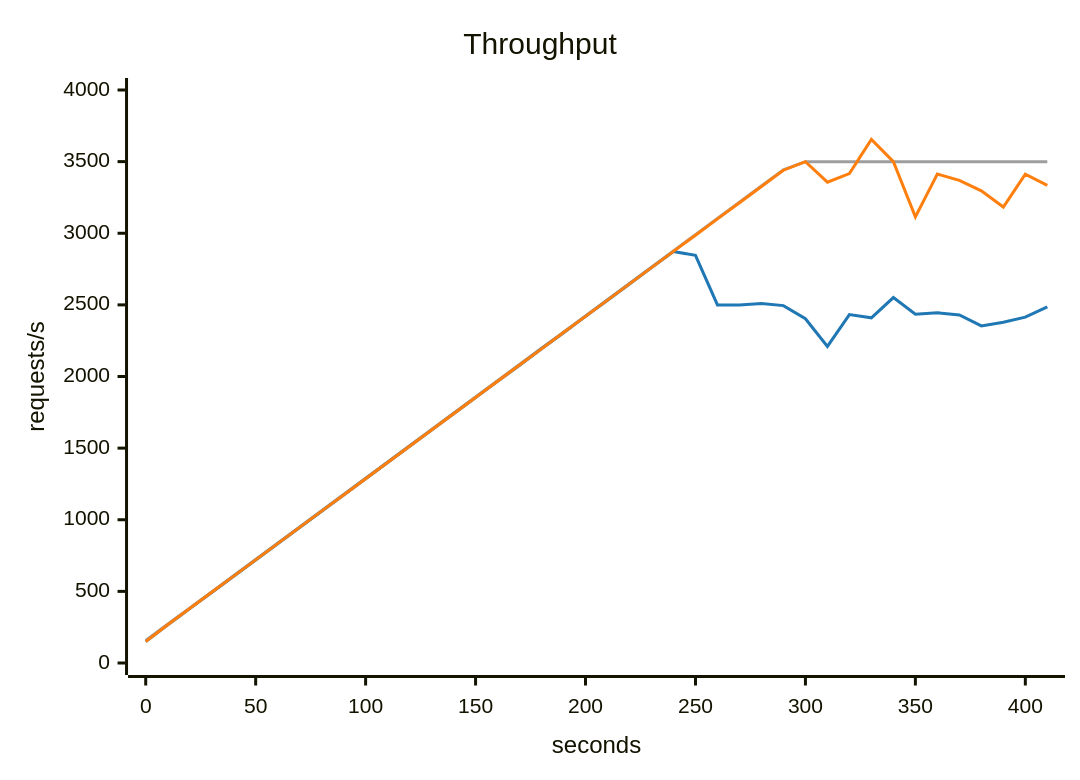
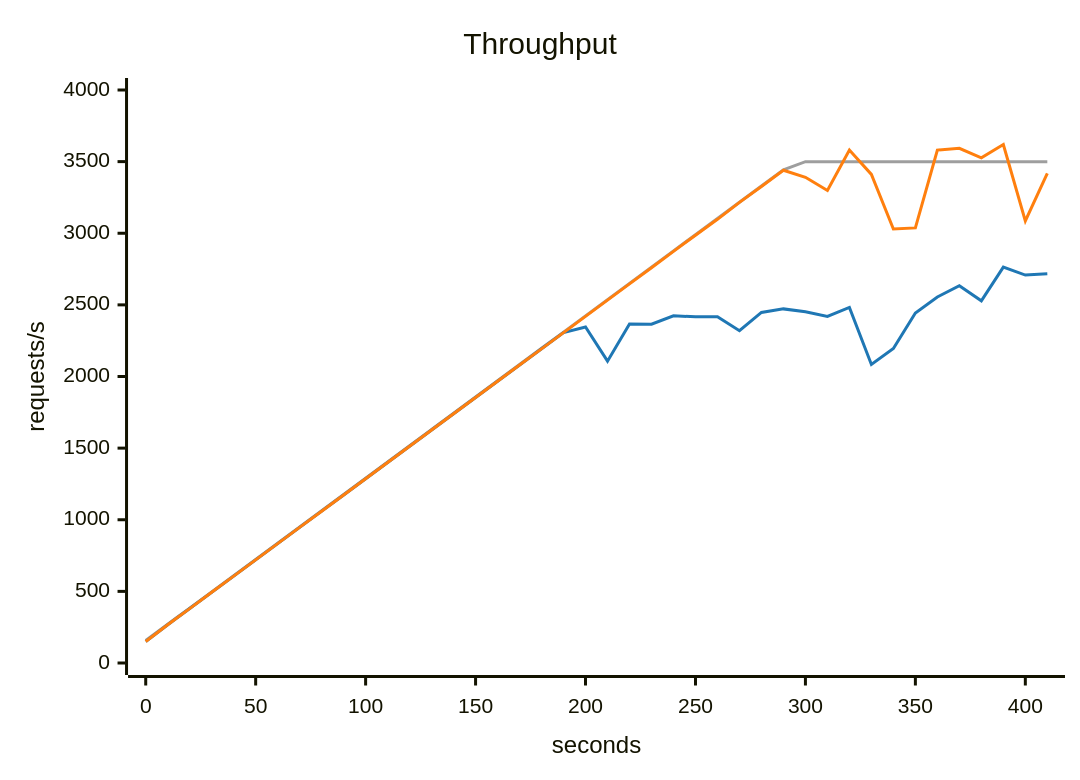
One commit to akinfemi/load-lore changed the first of 2 diagrams in scenarios/when-to-scale-your-database/solutions/one-query-per-page/compare.md. Above: the diagram before and after it, drawn with Mermaid. The commit also changed other lines of this file and 125 other files, not shown here.

````diff
--- a/scenarios/when-to-scale-your-database/solutions/one-query-per-page/compare.md
+++ b/scenarios/when-to-scale-your-database/solutions/one-query-per-page/compare.md
@@ -33,16 +33,16 @@
 ```mermaid
 ---
 config:
   themeVariables:
     xyChart:
       backgroundColor: "transparent"
       plotColorPalette: "#9e9e9e, #1f77b4, #ff7f0e"
 ---
 xychart-beta
     title "Throughput"
     x-axis "seconds" 0 --> 410
     y-axis "requests/s" 0 --> 4000
     line [156.667, 270, 383.333, 496.667, 610, 723.333, 836.667, 950, 1063.333, 1176.667, 1290, 1403.333, 1516.667, 1630, 1743.333, 1856.667, 1970, 2083.333, 2196.667, 2310, 2423.333, 2536.667, 2650, 2763.333, 2876.667, 2990, 3103.333, 3216.667, 3330, 3443.333, 3500, 3500, 3500, 3500, 3500, 3500, 3500, 3500, 3500, 3500, 3500, 3500]
-    line [149.309, 266.065, 379.413, 492.673, 606.087, 719.42, 832.697, 946.053, 1059.304, 1172.661, 1286.073, 1399.337, 1512.701, 1626.124, 1739.402, 1852.731, 1966.028, 2078.785, 2193.87, 2305.419, 2419.398, 2532.706, 2645.67, 2759.918, 2872.3, 2845.747, 2499.575, 2498.886, 2509.922, 2494.806, 2403.238, 2210.386, 2432.508, 2409.493, 2550.973, 2434.68, 2445.083, 2429.681, 2353.448, 2378.539, 2414.461, 2485.87]
-    line [150.42, 266.563, 379.943, 493.365, 606.558, 719.998, 833.229, 946.645, 1060.163, 1172.965, 1286.646, 1400.078, 1513.207, 1626.757, 1739.772, 1853.239, 1966.828, 2079.943, 2193.017, 2306.696, 2419.962, 2533.158, 2646.774, 2760.083, 2873.282, 2986.372, 3100.139, 3213.415, 3326.544, 3440.126, 3499.672, 3356.79, 3416.715, 3655.522, 3499.944, 3114.015, 3413.378, 3369.133, 3295.597, 3182.919, 3412.345, 3334.256]
+    line [150.504, 266.748, 379.966, 493.252, 606.513, 719.923, 833.304, 946.638, 1060.101, 1173.183, 1286.748, 1399.862, 1513.358, 1626.484, 1739.567, 1853.757, 1966.63, 2079.605, 2193.684, 2306.464, 2345.307, 2106.995, 2366.547, 2365.31, 2424.152, 2416.658, 2416.953, 2319.594, 2447.22, 2471.986, 2452.535, 2419.505, 2482.128, 2083.924, 2195.189, 2443.487, 2555.517, 2633.456, 2528.554, 2763.796, 2707.986, 2717.309]
+    line [150.274, 266.606, 379.795, 493.34, 606.349, 719.929, 833.158, 946.643, 1059.684, 1173.2, 1286.698, 1399.891, 1513.13, 1626.527, 1740.08, 1852.931, 1966.669, 2079.884, 2193.089, 2306.533, 2419.991, 2533.159, 2646.736, 2759.45, 2873.463, 2986.549, 3097.242, 3215.811, 3326.549, 3439.886, 3390.529, 3298.381, 3581.156, 3410.704, 3029.284, 3037.437, 3580.251, 3592.844, 3526.514, 3619.326, 3085.939, 3418.421]
 ```
````
